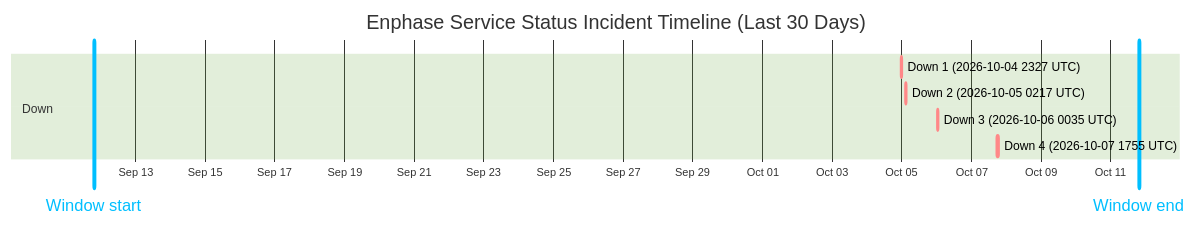
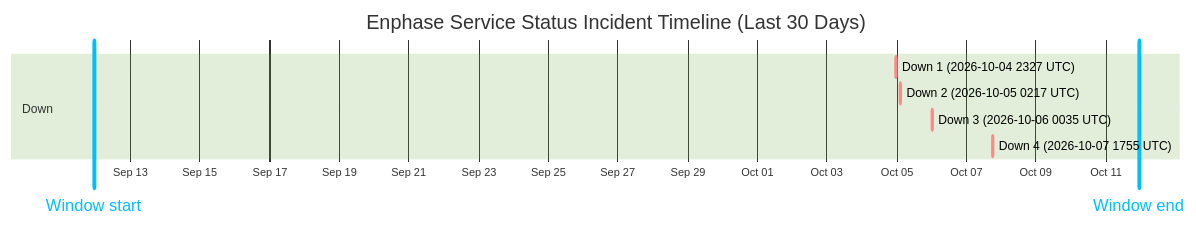
Before and after one commit to barneyonline/ha-enphase-energy: the diagram in wiki/Service-Status-History.md, drawn with Mermaid (forest theme). The commit also changed other lines of this file and 3 other files, not shown here.

````diff
--- a/wiki/Service-Status-History.md
+++ b/wiki/Service-Status-History.md
@@ -14,13 +14,13 @@
 ```mermaid
 gantt
     title Enphase Service Status Incident Timeline (Last 30 Days)
     dateFormat  YYYY-MM-DDTHH:mm:ss
     axisFormat  %b %d
-    Window start :vert, window-start, 2026-09-11T19:20:06, 0ms
-    Window end :vert, window-end, 2026-10-11T19:20:06, 0ms
+    Window start :vert, window-start, 2026-09-11T23:02:46, 0ms
+    Window end :vert, window-end, 2026-10-11T23:02:46, 0ms
     section Down
     Down 1 (2026-10-04 2327 UTC) :crit, down-1, 2026-10-04T23:27:34, 60m
     Down 2 (2026-10-05 0217 UTC) :crit, down-2, 2026-10-05T02:17:30, 60m
     Down 3 (2026-10-06 0035 UTC) :crit, down-3, 2026-10-06T00:35:21, 60m
     Down 4 (2026-10-07 1755 UTC) :crit, down-4, 2026-10-07T17:55:16, 60m
 ```
````
